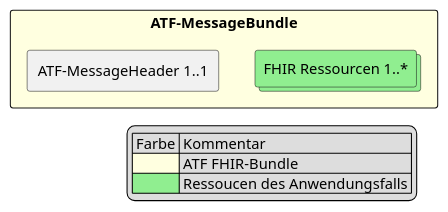
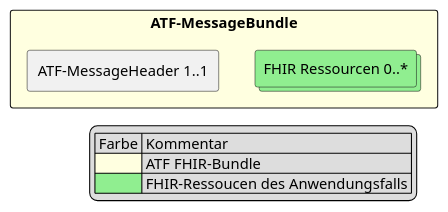
One commit to gematik/api-app-transport-framework changed the diagram in src/fhir/input/puml/atf_scopes.puml. Above: the diagram before and after it, drawn with PlantUML. The commit also changed 2 other files, not shown here.

Commit message:
Beschreibung des scopes und Abgrenzung

```diff
--- a/src/fhir/input/puml/atf_scopes.puml
+++ b/src/fhir/input/puml/atf_scopes.puml
@@ -1,20 +1,20 @@
 @startuml ATF-Scope
 
 skinparam rectangle {
     roundCorner<<Concept>> 25
 }
 
  rectangle "ATF-MessageBundle" #lightyellow{
-  collections "FHIR Ressourcen 1..*" #lightgreen
+  collections "FHIR Ressourcen 0..*" #lightgreen
   rectangle "ATF-MessageHeader 1..1"
   
 }
 
 
 legend right
     | Farbe | Kommentar |
     |<#lightyellow>| ATF FHIR-Bundle |
-    |<#lightgreen>| Ressoucen des Anwendungsfalls |
+    |<#lightgreen>| FHIR-Ressoucen des Anwendungsfalls |
 endlegend
 
 @enduml
```
